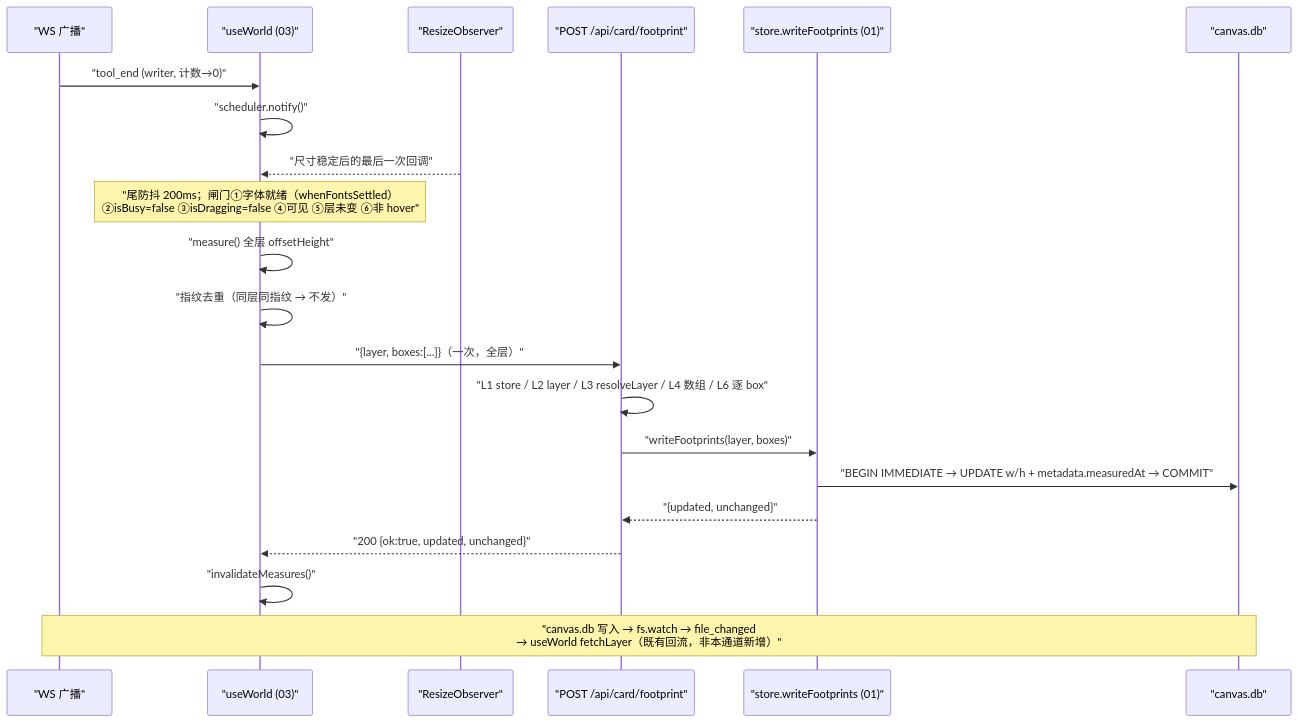
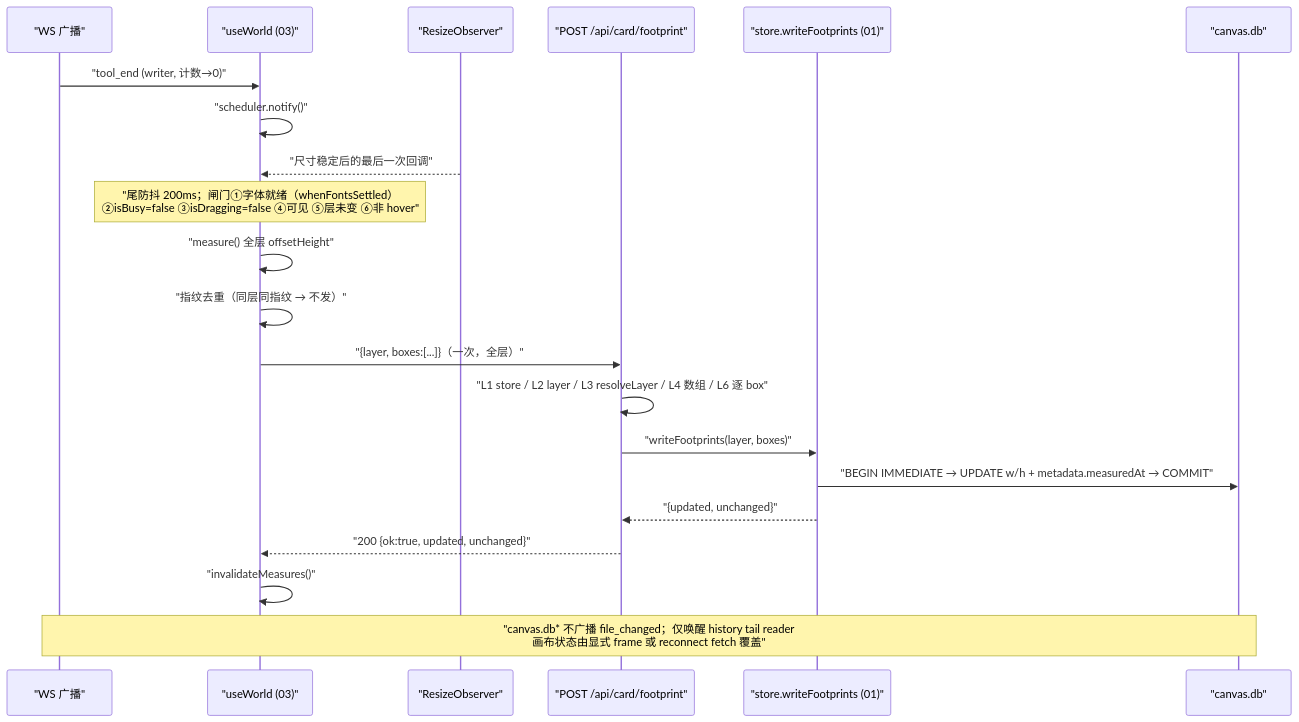
The diagram in docs/footprint/03-实测回传通道.md (LudicDynamics/hackathon), drawn with Mermaid before and after one commit. The commit also changed other lines of this file and 8 other files, not shown here.

````diff
--- a/docs/footprint/03-实测回传通道.md
+++ b/docs/footprint/03-实测回传通道.md
@@ -269,23 +263,23 @@
 ```mermaid
 sequenceDiagram
   participant WS as "WS 广播"
   participant F as "useWorld (03)"
   participant RO as "ResizeObserver"
   participant API as "POST /api/card/footprint"
   participant S as "store.writeFootprints (01)"
   participant DB as "canvas.db"
   WS->>F: "tool_end (writer, 计数→0)"
   F->>F: "scheduler.notify()"
   RO-->>F: "尺寸稳定后的最后一次回调"
   Note over F: "尾防抖 200ms；闸门①字体就绪（whenFontsSettled）<br/>②isBusy=false ③isDragging=false ④可见 ⑤层未变 ⑥非 hover"
   F->>F: "measure() 全层 offsetHeight"
   F->>F: "指纹去重（同层同指纹 → 不发）"
   F->>API: "{layer, boxes:[...]}（一次，全层）"
   API->>API: "L1 store / L2 layer / L3 resolveLayer / L4 数组 / L6 逐 box"
   API->>S: "writeFootprints(layer, boxes)"
   S->>DB: "BEGIN IMMEDIATE → UPDATE w/h + metadata.measuredAt → COMMIT"
   S-->>API: "{updated, unchanged}"
   API-->>F: "200 {ok:true, updated, unchanged}"
   F->>F: "invalidateMeasures()"
-  Note over DB,WS: "canvas.db 写入 → fs.watch → file_changed<br/>→ useWorld fetchLayer（既有回流，非本通道新增）"
+  Note over DB,WS: "canvas.db* 不广播 file_changed；仅唤醒 history tail reader<br/>画布状态由显式 frame 或 reconnect fetch 覆盖"
 ```
````
